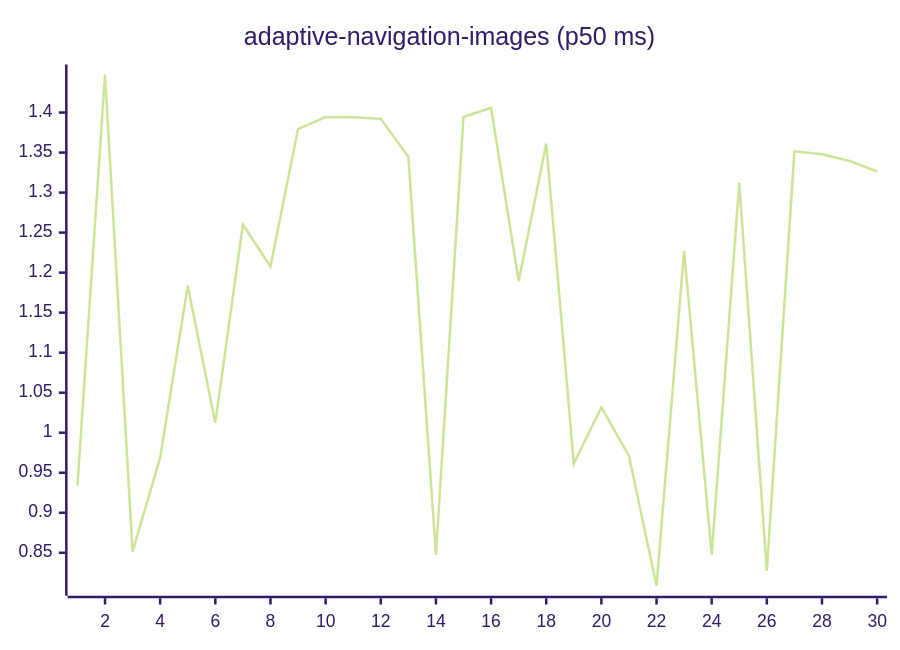
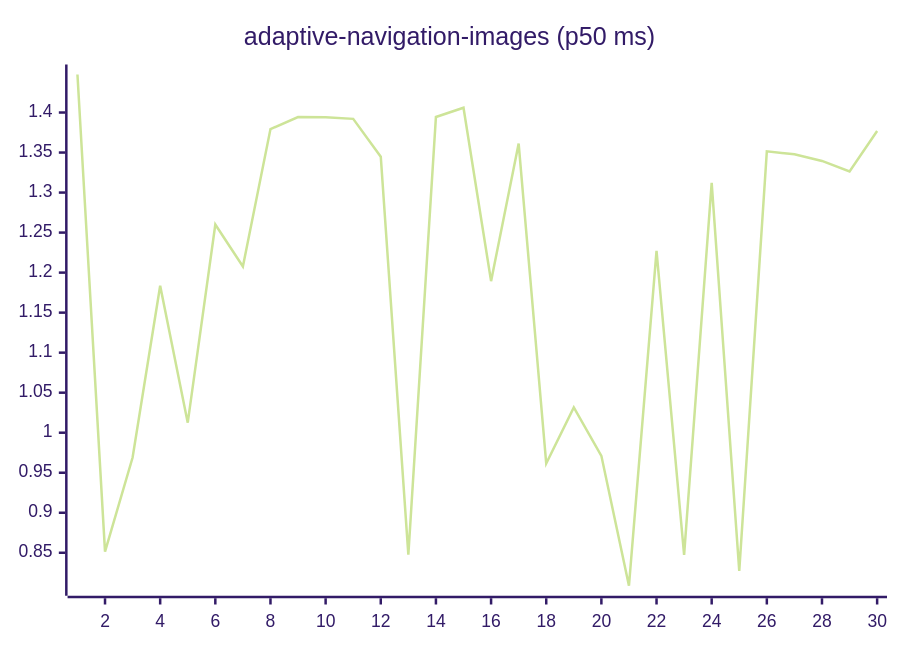
One commit to josha/Facet changed the first of 27 diagrams in README.md. Above: the diagram before and after it, drawn with Mermaid (forest theme). The commit also changed other lines of this file and 2 other files, not shown here.

````diff
--- a/README.md
+++ b/README.md
@@ -63,6 +63,6 @@
 ```mermaid
 xychart-beta
     title "adaptive-navigation-images (p50 ms)"
     x-axis 1 --> 30
-    line [0.9339, 1.4475, 0.8514, 0.9690, 1.1835, 1.0125, 1.2600, 1.2076, 1.3793, 1.3944, 1.3942, 1.3921, 1.3447, 0.8475, 1.3944, 1.4060, 1.1893, 1.3612, 0.9615, 1.0317, 0.9711, 0.8088, 1.2271, 0.8473, 1.3121, 0.8274, 1.3515, 1.3479, 1.3395, 1.3263]
+    line [1.4475, 0.8514, 0.9690, 1.1835, 1.0125, 1.2600, 1.2076, 1.3793, 1.3944, 1.3942, 1.3921, 1.3447, 0.8475, 1.3944, 1.4060, 1.1893, 1.3612, 0.9615, 1.0317, 0.9711, 0.8088, 1.2271, 0.8473, 1.3121, 0.8274, 1.3515, 1.3479, 1.3395, 1.3263, 1.3769]
 ```
````
